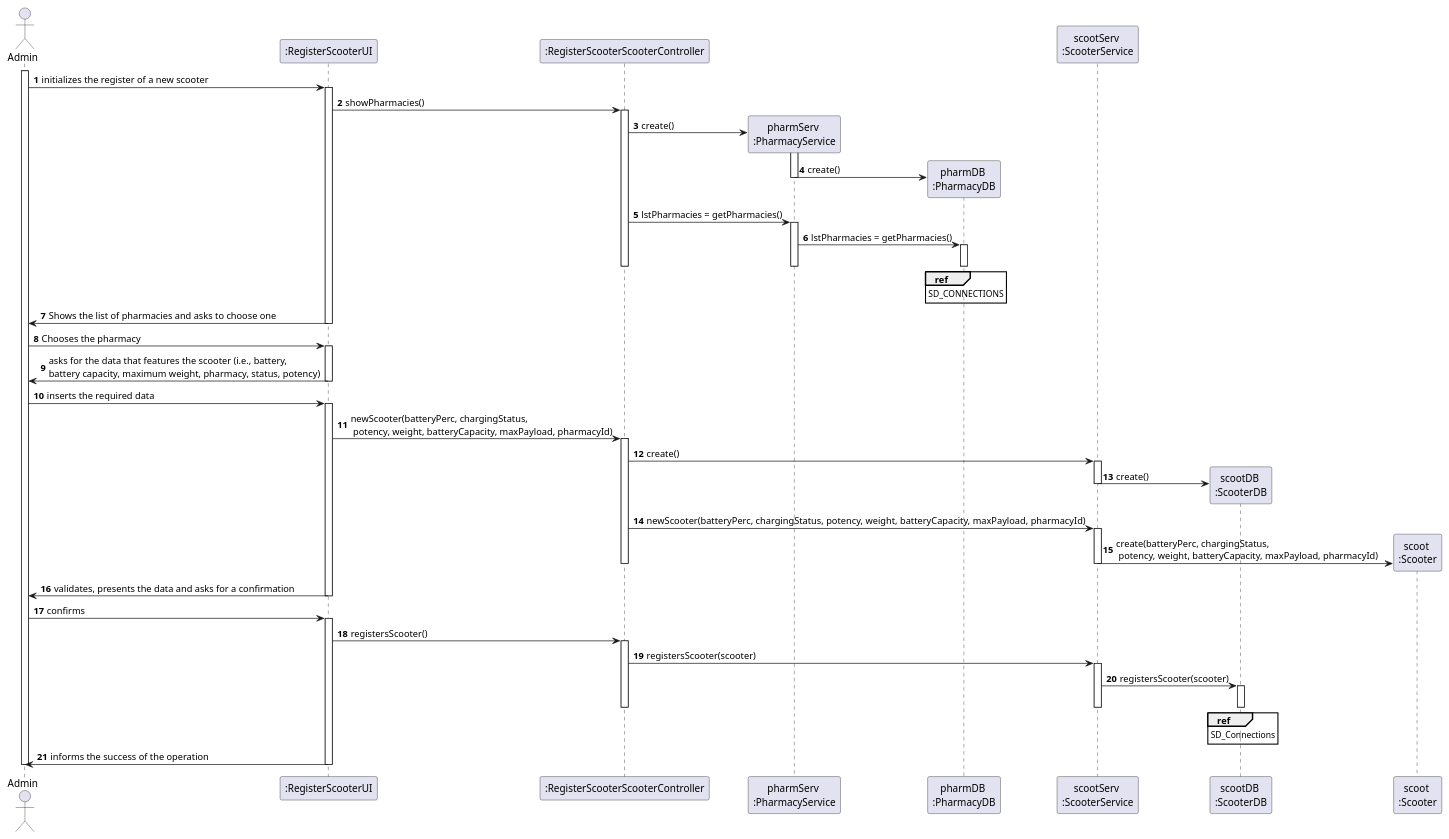
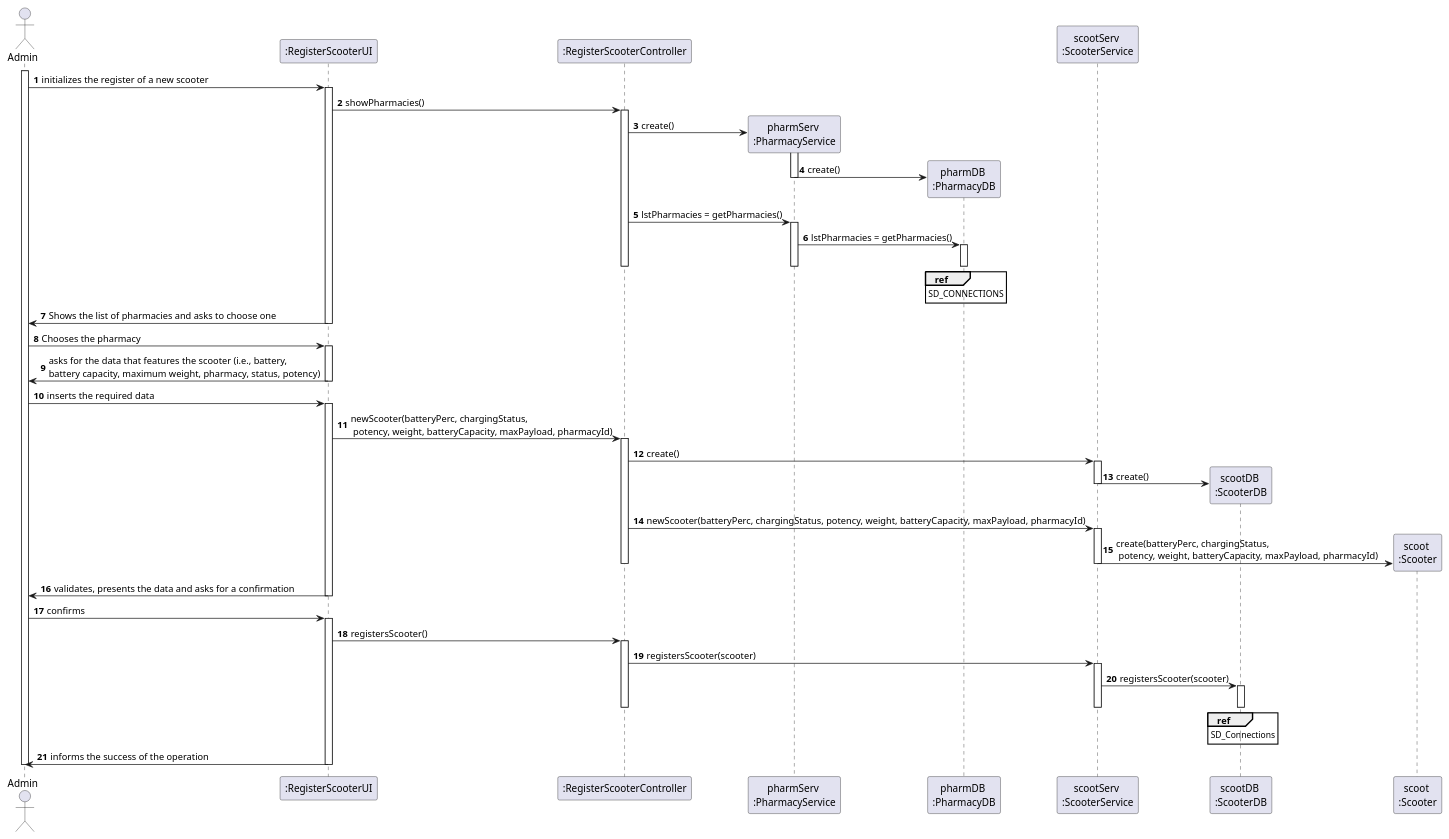
The diagram in docs/Iteration 2/Scooter Management/US21_RegisterScooter/Refinement/US21_SD.puml (tiagoavcosta25/LAPR3), drawn with PlantUML before and after one commit. The commit also changed 19 other files, not shown here.

```diff
--- a/docs/Iteration 2/Scooter Management/US21_RegisterScooter/Refinement/US21_SD.puml
+++ b/docs/Iteration 2/Scooter Management/US21_RegisterScooter/Refinement/US21_SD.puml
@@ -1,80 +1,80 @@
 @startuml
 autonumber
 actor "Admin" as ADMIN
 
 participant ":RegisterScooterUI" as UI
-participant ":RegisterScooterScooterController" as CTRL
+participant ":RegisterScooterController" as CTRL
 participant "pharmServ \n:PharmacyService" as PHS
 participant "pharmDB \n:PharmacyDB" as PHDB
 participant "scootServ \n:ScooterService" as SS
 participant "scootDB \n:ScooterDB" as SDB
 participant "scoot \n:Scooter" as SC
 
 activate ADMIN
 
 ADMIN -> UI : initializes the register of a new scooter
 activate UI
 UI -> CTRL : showPharmacies()
 activate CTRL
 CTRL -> PHS ** : create()
 activate PHS
 PHS -> PHDB ** : create()
 deactivate PHS
 CTRL -> PHS : lstPharmacies = getPharmacies()
 activate PHS
 PHS -> PHDB : lstPharmacies = getPharmacies()
 activate PHDB
 ref over PHDB
 SD_CONNECTIONS
 end ref
 deactivate PHDB
 deactivate PHS
 deactivate CTRL
 UI -> ADMIN : Shows the list of pharmacies and asks to choose one
 deactivate UI
 
 ADMIN -> UI : Chooses the pharmacy
 activate UI
 UI -> ADMIN : asks for the data that features the scooter (i.e., battery, \nbattery capacity, maximum weight, pharmacy, status, potency)
 deactivate UI
 
 ADMIN -> UI : inserts the required data
 activate UI
 UI -> CTRL : newScooter(batteryPerc, chargingStatus,\n potency, weight, batteryCapacity, maxPayload, pharmacyId)
 activate CTRL
 
 CTRL -> SS : create()
 activate SS
 SS -> SDB ** : create()
 deactivate SS
 
 CTRL -> SS : newScooter(batteryPerc, chargingStatus, potency, weight, batteryCapacity, maxPayload, pharmacyId)
 activate SS
 SS -> SC ** : create(batteryPerc, chargingStatus,\n potency, weight, batteryCapacity, maxPayload, pharmacyId)
 deactivate SS
 deactivate CTRL
 
 
 UI -> ADMIN : validates, presents the data and asks for a confirmation
 deactivate UI
 
 ADMIN -> UI : confirms
 activate UI
 UI -> CTRL : registersScooter()
 activate CTRL
 CTRL -> SS : registersScooter(scooter)
 activate SS
 SS -> SDB : registersScooter(scooter)
 activate SDB
 ref over SDB
 SD_Connections
 end ref
 deactivate SDB
 deactivate SS
 deactivate CTRL
 UI -> ADMIN : informs the success of the operation
 deactivate UI
 
 deactivate ADMIN
 
 @enduml
```
